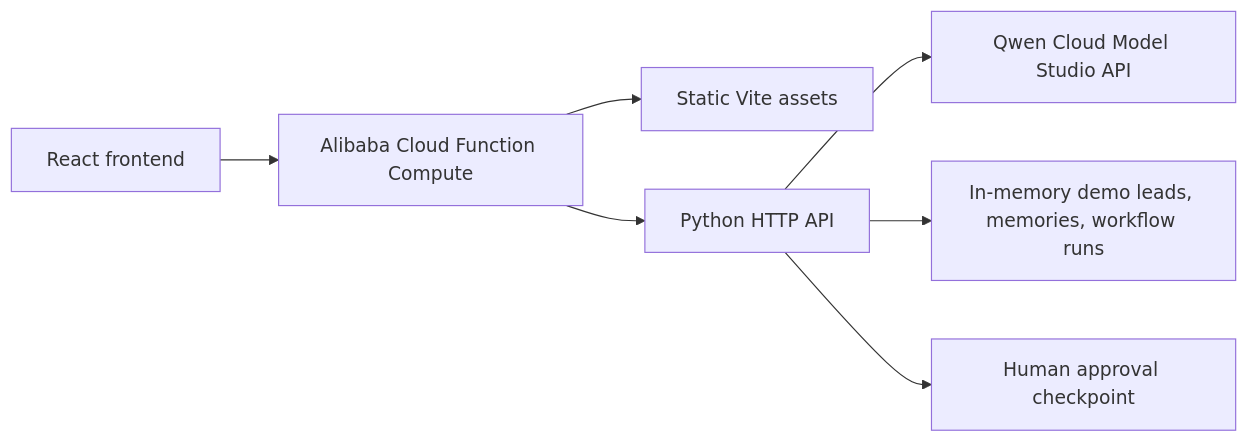
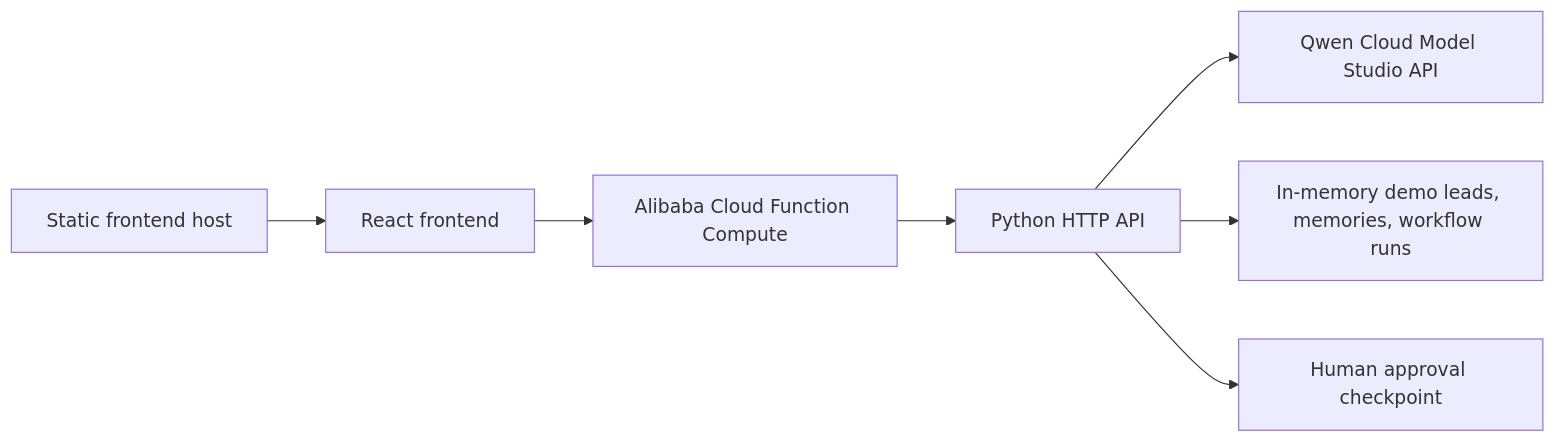
The diagram in DEPLOYMENT.md (dcontessa/funnelops-autopilot), drawn with Mermaid before and after one commit. The commit also changed other lines of this file and 6 other files, not shown here.

Commit message:
add static frontend deployment path

````diff
--- a/DEPLOYMENT.md
+++ b/DEPLOYMENT.md
@@ -52,9 +54,9 @@
 ```mermaid
 flowchart LR
   Browser[React frontend] --> FC[Alibaba Cloud Function Compute]
-  FC --> Static[Static Vite assets]
+  StaticHost[Static frontend host] --> Browser
   FC --> API[Python HTTP API]
   API --> Qwen[Qwen Cloud Model Studio API]
   API --> Memory[In-memory demo leads, memories, workflow runs]
   API --> Approval[Human approval checkpoint]
 ```
````
